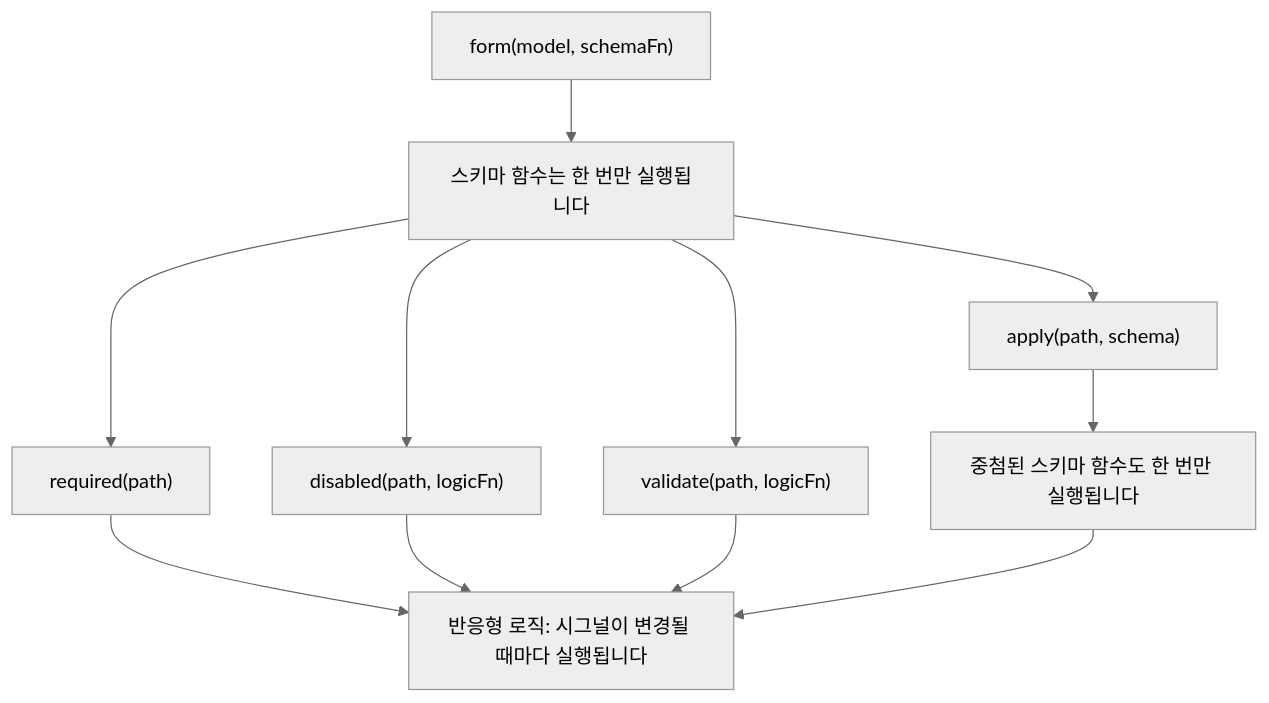
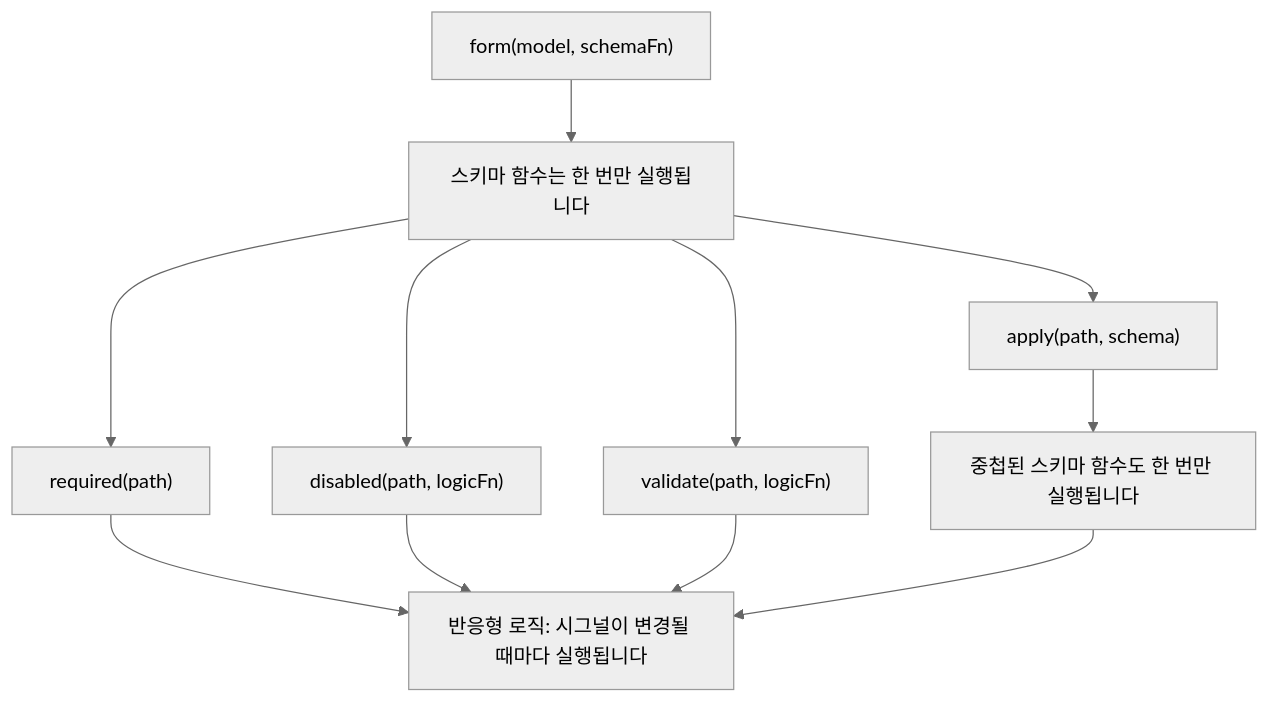
Before and after one commit to han41858/angular-ko: the diagram in adev/src/content/guide/forms/signals/schemas.md, drawn with Mermaid (neutral theme). The commit also changed other lines of this file and 23 other files, not shown here.

````diff
--- a/adev/src/content/guide/forms/signals/schemas.md
+++ b/adev/src/content/guide/forms/signals/schemas.md
@@ -60,13 +60,13 @@
 ```mermaid
 graph TD
     A["form(model, schemaFn)"] --> B["스키마 함수는 한 번만 실행됩니다"]
     B --> C["required(path)"]
     B --> D["disabled(path, logicFn)"]
     B --> E["validate(path, logicFn)"]
     B --> F["apply(path, schema)"]
     C --> G["반응형 로직: 시그널이 변경될 때마다 실행됩니다"]
     D --> G
     E --> G
-    F --> B2["중첨된 스키마 함수도 한 번만 실행됩니다"]
+    F --> B2["중첩된 스키마 함수도 한 번만 실행됩니다"]
     B2 --> G
 ```
````
